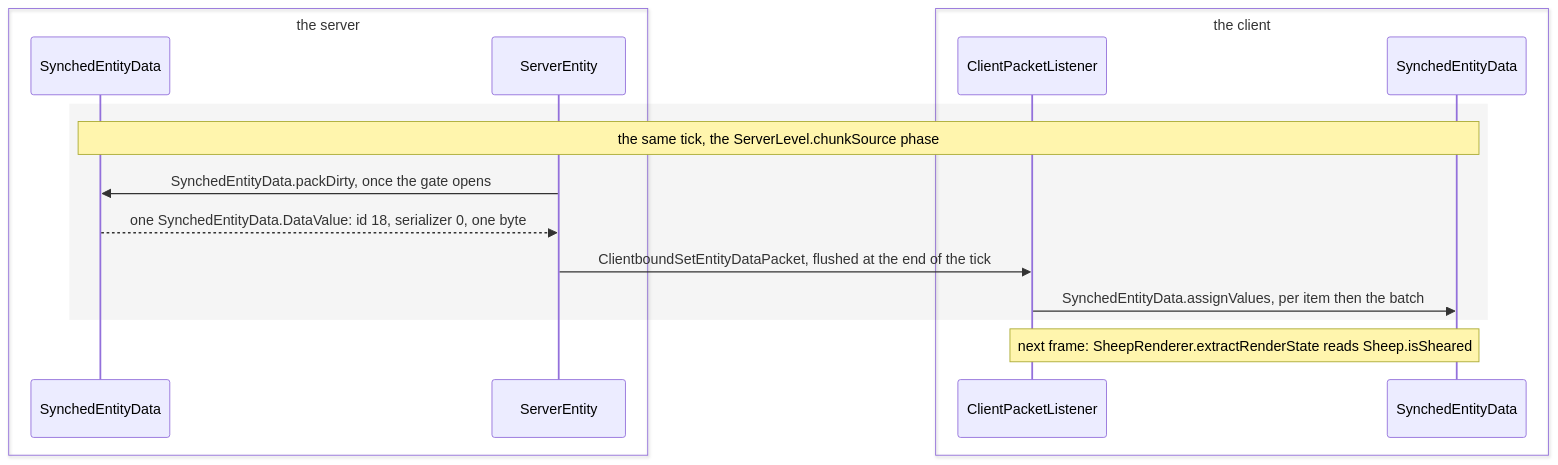
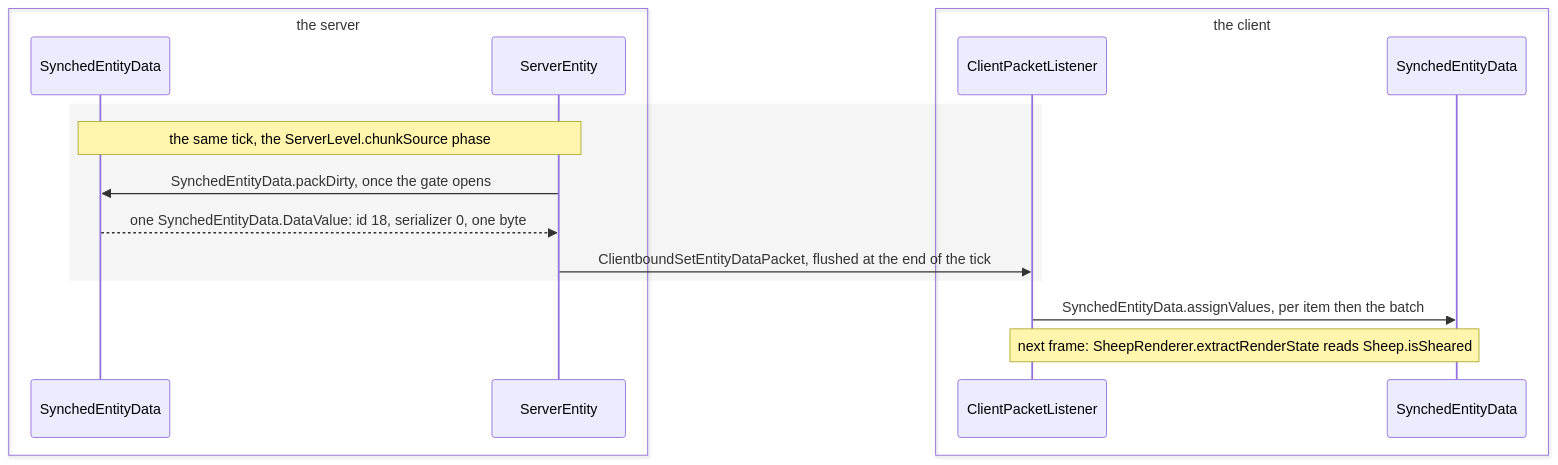
Before and after one commit to AlexanderjFraser/MinecraftDocs: the second of 3 diagrams in src/systems/entities/synched-entity-data.md, drawn with Mermaid. The commit also changed other lines of this file and 21 other files, not shown here.

````diff
--- a/src/systems/entities/synched-entity-data.md
+++ b/src/systems/entities/synched-entity-data.md
@@ -193,20 +193,20 @@
 ```mermaid
 sequenceDiagram
     box transparent the server
     participant SED as SynchedEntityData
     participant SE as ServerEntity
     end
     box transparent the client
     participant CPL as ClientPacketListener
     participant CSED as SynchedEntityData
     end
 
     rect rgba(0, 0, 0, 0.04)
-    Note over SED,CSED: the same tick, the ServerLevel.chunkSource phase
+    Note over SED,SE: the same tick, the ServerLevel.chunkSource phase
     SE->>SED: SynchedEntityData.packDirty, once the gate opens
     SED-->>SE: one SynchedEntityData.DataValue: id 18, serializer 0, one byte
     SE->>CPL: ClientboundSetEntityDataPacket, flushed at the end of the tick
+    end
     CPL->>CSED: SynchedEntityData.assignValues, per item then the batch
-    end
     Note over CPL,CSED: next frame: SheepRenderer.extractRenderState reads Sheep.isSheared
 ```
````
